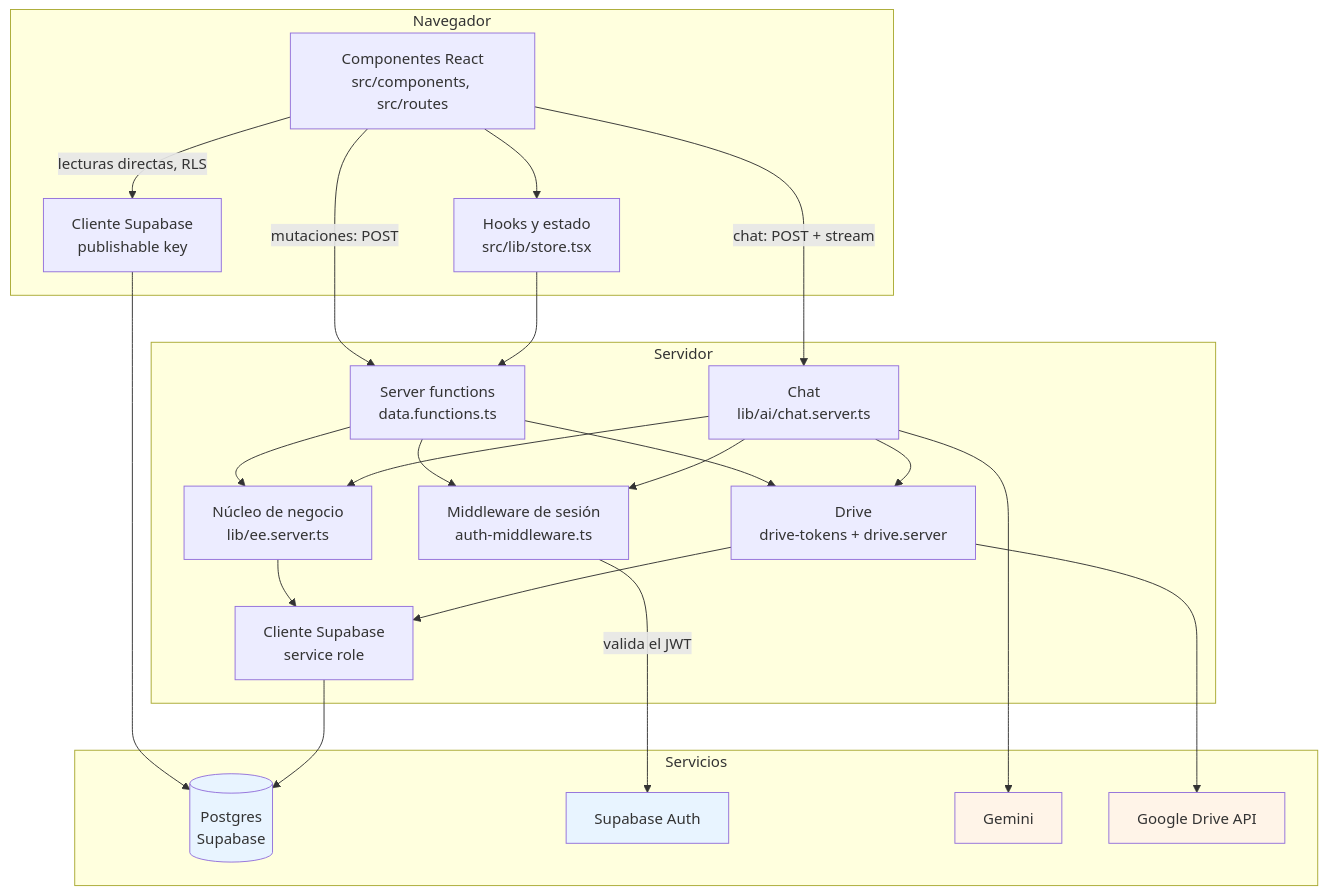
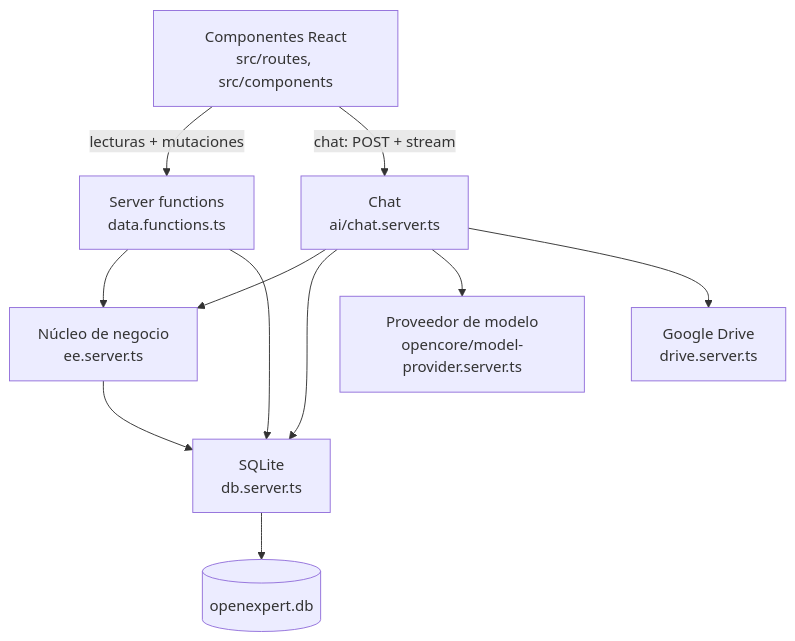
One commit to OpenExpert-ai/OpenExpert changed the first of 2 diagrams in docs/es/02-arquitectura.md. Above: the diagram before and after it, drawn with Mermaid. The commit also changed other lines of this file and 134 other files, not shown here.

````diff
--- a/docs/es/02-arquitectura.md
+++ b/docs/es/02-arquitectura.md
@@ -33,47 +26,22 @@
 ```mermaid
 graph TD
-    subgraph Navegador
-        UI[Componentes React<br/>src/components, src/routes]
-        H[Hooks y estado<br/>src/lib/store.tsx]
-        SB1[Cliente Supabase<br/>publishable key]
-    end
+    UI[Componentes React<br/>src/routes, src/components]
+    SF[Server functions<br/>data.functions.ts]
+    EE[Núcleo de negocio<br/>ee.server.ts]
+    DB[SQLite<br/>db.server.ts]
+    CHAT[Chat<br/>ai/chat.server.ts]
+    MODEL[Proveedor de modelo<br/>opencore/model-provider.server.ts]
+    DRV[Google Drive<br/>drive.server.ts]
+    FILE[(openexpert.db)]
 
-    subgraph Servidor
-        SF[Server functions<br/>data.functions.ts]
-        MW[Middleware de sesión<br/>auth-middleware.ts]
-        CHAT[Chat<br/>lib/ai/chat.server.ts]
-        EE[Núcleo de negocio<br/>lib/ee.server.ts]
-        DRV[Drive<br/>drive-tokens + drive.server]
-        ADM[Cliente Supabase<br/>service role]
-    end
-
-    subgraph Servicios
-        PG[(Postgres<br/>Supabase)]
-        AUTH[Supabase Auth]
-        GEM[Gemini]
-        GD[Google Drive API]
-    end
-
-    UI --> H
-    UI -->|lecturas directas, RLS| SB1 --> PG
-    UI -->|mutaciones: POST| SF
+    UI -->|lecturas + mutaciones| SF
     UI -->|chat: POST + stream| CHAT
-    H --> SF
-    SF --> MW
-    CHAT --> MW
-    MW -->|valida el JWT| AUTH
     SF --> EE
+    SF --> DB
     CHAT --> EE
-    SF --> DRV
+    CHAT --> DB
+    CHAT --> MODEL
     CHAT --> DRV
-    EE --> ADM
-    DRV --> ADM
-    ADM --> PG
-    CHAT --> GEM
-    DRV --> GD
-
-    style PG fill:#e8f4ff
-    style AUTH fill:#e8f4ff
-    style GEM fill:#fff4e8
-    style GD fill:#fff4e8
+    EE --> DB
+    DB --> FILE
 ```
````
